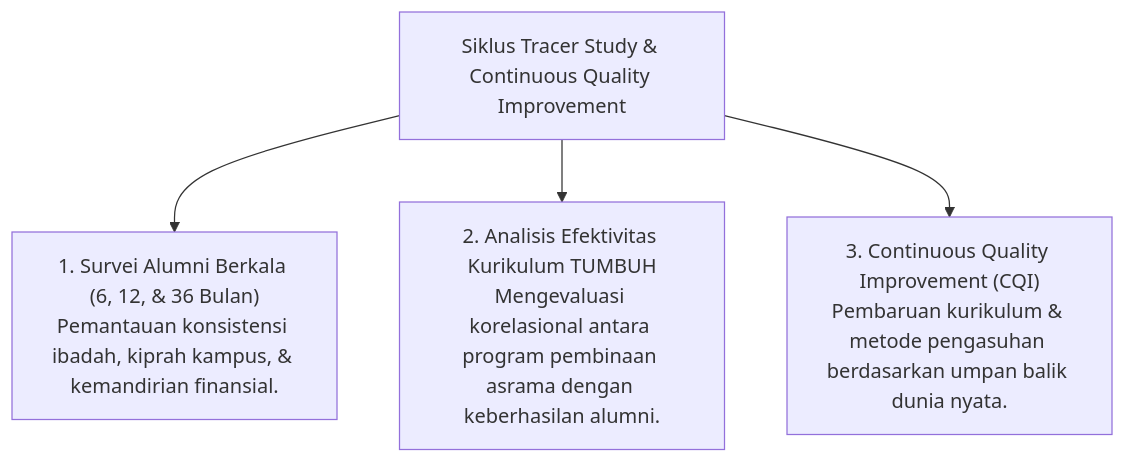
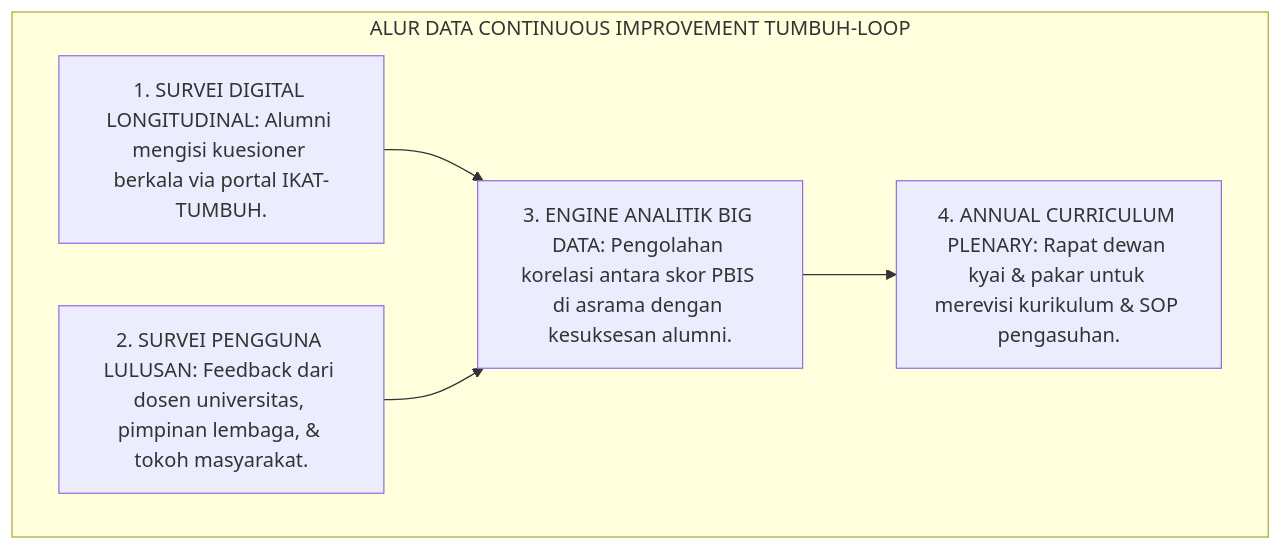
The fourth of 6 diagrams in 04 Progression Framework/06 Graduation Standards/P4-06-04-Sistem-Tracer-Study-dan-Continuous-Improvement.md (wandiapriliyandi/tumbuh), drawn with Mermaid before and after one commit. The commit also changed other lines of this file and 6 other files, not shown here.

````diff
--- a/04 Progression Framework/06 Graduation Standards/P4-06-04-Sistem-Tracer-Study-dan-Continuous-Improvement.md
+++ b/04 Progression Framework/06 Graduation Standards/P4-06-04-Sistem-Tracer-Study-dan-Continuous-Improvement.md
@@ -14,7 +115,13 @@
 ```mermaid
-graph TD
-    TracerSystem["Siklus Tracer Study & Continuous Quality Improvement"]
-    TracerSystem --> DataSurvey["1. Survei Alumni Berkala (6, 12, & 36 Bulan)<br/>Pemantauan konsistensi ibadah, kiprah kampus, & kemandirian finansial."]
-    TracerSystem --> Analysis["2. Analisis Efektivitas Kurikulum TUMBUH<br/>Mengevaluasi korelasional antara program pembinaan asrama dengan keberhasilan alumni."]
-    TracerSystem --> Improvement["3. Continuous Quality Improvement (CQI)<br/>Pembaruan kurikulum & metode pengasuhan berdasarkan umpan balik dunia nyata."]
+flowchart TD
+    subgraph AlurDataTracerStudy24Jam["ALUR DATA CONTINUOUS IMPROVEMENT TUMBUH-LOOP"]
+        AlumniSurvey["1. SURVEI DIGITAL LONGITUDINAL: Alumni mengisi kuesioner berkala via portal IKAT-TUMBUH."]
+        UserSurvey["2. SURVEI PENGGUNA LULUSAN: Feedback dari dosen universitas, pimpinan lembaga, & tokoh masyarakat."]
+        DataAnalytics["3. ENGINE ANALITIK BIG DATA: Pengolahan korelasi antara skor PBIS di asrama dengan kesuksesan alumni."]
+        CurriculumReview["4. ANNUAL CURRICULUM PLENARY: Rapat dewan kyai & pakar untuk merevisi kurikulum & SOP pengasuhan."]
+        
+        AlumniSurvey --> DataAnalytics
+        UserSurvey --> DataAnalytics
+        DataAnalytics --> CurriculumReview
+    end
 ```
````
